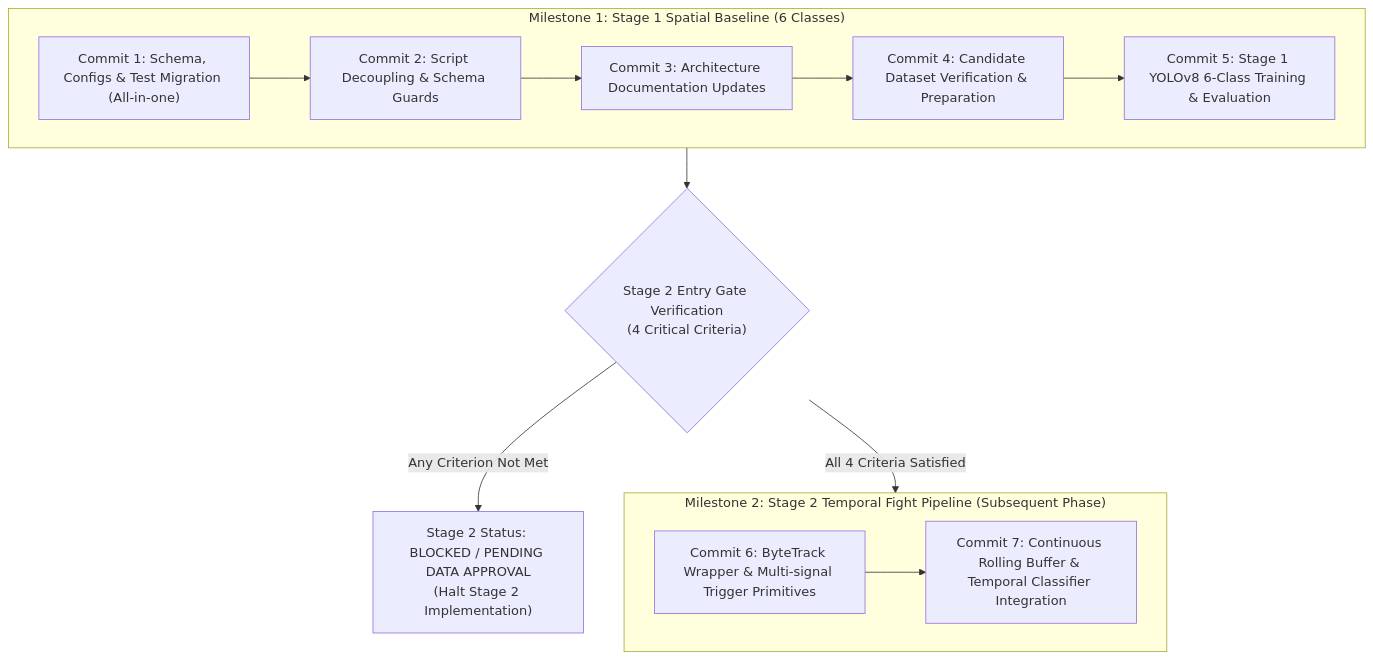
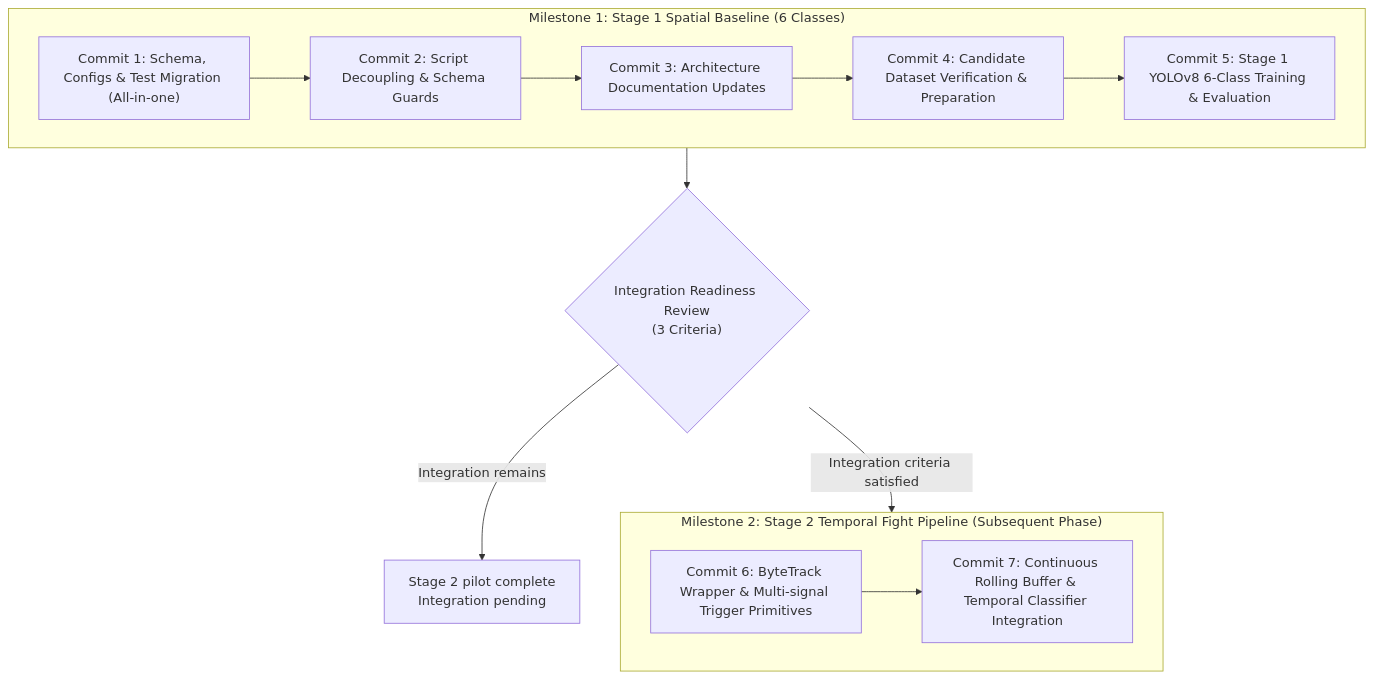
Before and after one commit to CarToon890/Project-CCTV-Safety: the second of 2 diagrams in docs/two_stage_architecture_migration.md, drawn with Mermaid. The commit also changed other lines of this file and 40 other files, not shown here.

Commit message:
docs: consolidate final dataset QA and pilot status

````diff
--- a/docs/two_stage_architecture_migration.md
+++ b/docs/two_stage_architecture_migration.md
@@ -662,25 +667,25 @@
 ```mermaid
 flowchart TD
     subgraph M1["Milestone 1: Stage 1 Spatial Baseline (6 Classes)"]
         C1["Commit 1: Schema, Configs & Test Migration (All-in-one)"]
         C2["Commit 2: Script Decoupling & Schema Guards"]
         C3["Commit 3: Architecture Documentation Updates"]
         C4["Commit 4: Candidate Dataset Verification & Preparation"]
         C5["Commit 5: Stage 1 YOLOv8 6-Class Training & Evaluation"]
         C1 --> C2 --> C3 --> C4 --> C5
     end
 
-    Gate{"Stage 2 Entry Gate Verification<br/>(4 Critical Criteria)"}
+    Gate{"Integration Readiness Review<br/>(3 Criteria)"}
 
     subgraph M2["Milestone 2: Stage 2 Temporal Fight Pipeline (Subsequent Phase)"]
         C6["Commit 6: ByteTrack Wrapper & Multi-signal Trigger Primitives"]
         C7["Commit 7: Continuous Rolling Buffer & Temporal Classifier Integration"]
         C6 --> C7
     end
 
-    Blocked["Stage 2 Status: BLOCKED / PENDING DATA APPROVAL<br/>(Halt Stage 2 Implementation)"]
+    OpenItems["Stage 2 pilot complete<br/>Integration pending"]
 
     M1 --> Gate
-    Gate -- "All 4 Criteria Satisfied" --> M2
-    Gate -- "Any Criterion Not Met" --> Blocked
+    Gate -- "Integration criteria satisfied" --> M2
+    Gate -- "Integration remains" --> OpenItems
 ```
````
